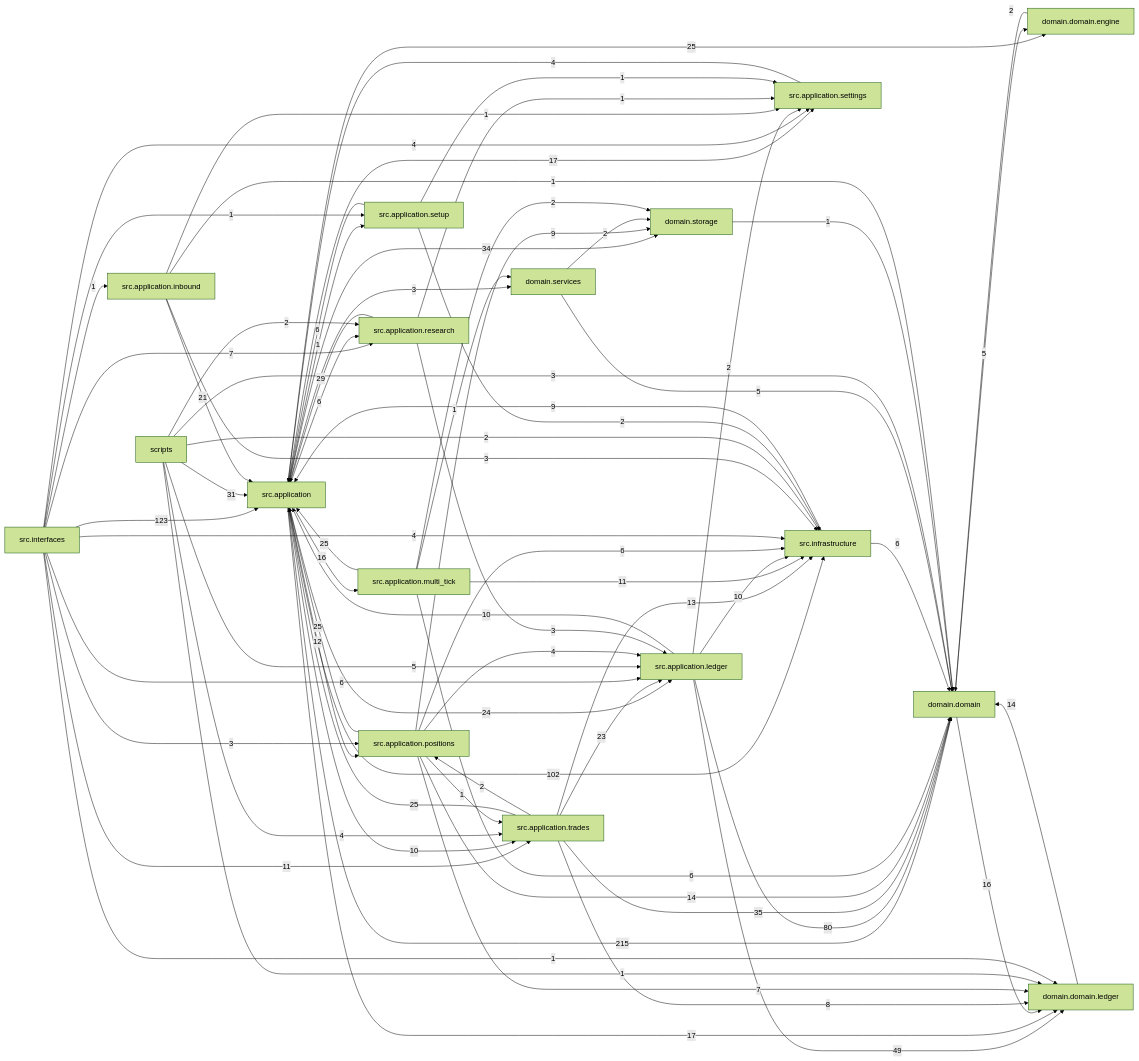
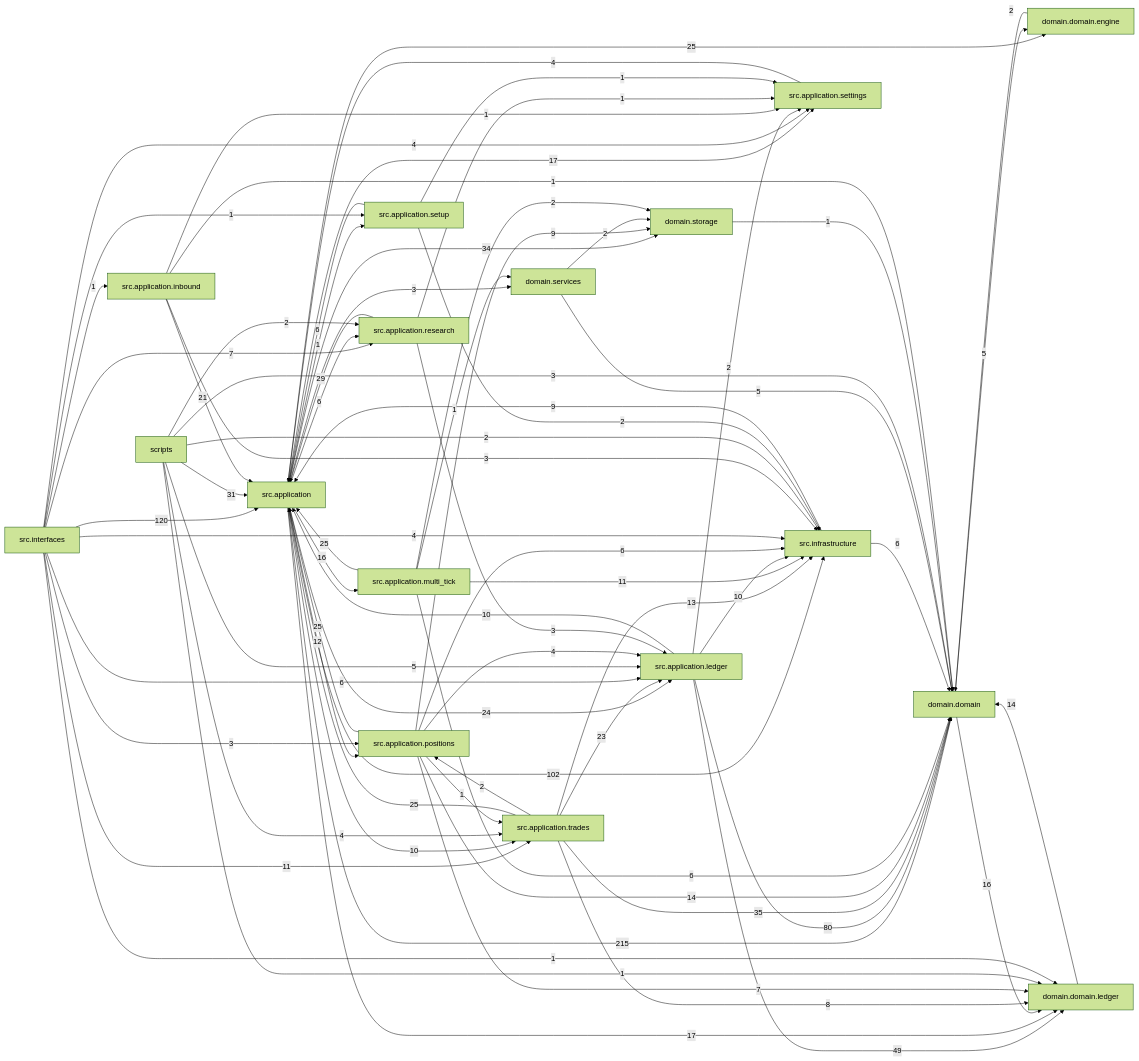
One commit to liuxie066/options-monitor changed the diagram in docs/dependency_graph.mmd. Above: the diagram before and after it, drawn with Mermaid (forest theme). The commit also changed 1 other file, not shown here.

Commit message:
docs(architecture): refresh graph after quality HTTP retirement

```diff
--- a/docs/dependency_graph.mmd
+++ b/docs/dependency_graph.mmd
@@ -1,74 +1,74 @@
 flowchart LR
   src_application["src.application"] -->|215| domain_domain["domain.domain"]
-  src_interfaces["src.interfaces"] -->|123| src_application["src.application"]
+  src_interfaces["src.interfaces"] -->|120| src_application["src.application"]
   src_application["src.application"] -->|102| src_infrastructure["src.infrastructure"]
   src_application_ledger["src.application.ledger"] -->|80| domain_domain["domain.domain"]
   src_application_ledger["src.application.ledger"] -->|49| domain_domain_ledger["domain.domain.ledger"]
   src_application_trades["src.application.trades"] -->|35| domain_domain["domain.domain"]
   src_application["src.application"] -->|34| domain_storage["domain.storage"]
   scripts["scripts"] -->|31| src_application["src.application"]
   src_application_research["src.application.research"] -->|29| src_application["src.application"]
   src_application["src.application"] -->|25| domain_domain_engine["domain.domain.engine"]
   src_application_multi_tick["src.application.multi_tick"] -->|25| src_application["src.application"]
   src_application_positions["src.application.positions"] -->|25| src_application["src.application"]
   src_application_trades["src.application.trades"] -->|25| src_application["src.application"]
   src_application["src.application"] -->|24| src_application_ledger["src.application.ledger"]
   src_application_trades["src.application.trades"] -->|23| src_application_ledger["src.application.ledger"]
   src_application_inbound["src.application.inbound"] -->|21| src_application["src.application"]
   src_application["src.application"] -->|17| domain_domain_ledger["domain.domain.ledger"]
   src_application["src.application"] -->|17| src_application_settings["src.application.settings"]
   domain_domain["domain.domain"] -->|16| domain_domain_ledger["domain.domain.ledger"]
   src_application["src.application"] -->|16| src_application_multi_tick["src.application.multi_tick"]
   domain_domain_ledger["domain.domain.ledger"] -->|14| domain_domain["domain.domain"]
   src_application_positions["src.application.positions"] -->|14| domain_domain["domain.domain"]
   src_application_trades["src.application.trades"] -->|13| src_infrastructure["src.infrastructure"]
   src_application["src.application"] -->|12| src_application_positions["src.application.positions"]
   src_application_multi_tick["src.application.multi_tick"] -->|11| src_infrastructure["src.infrastructure"]
   src_interfaces["src.interfaces"] -->|11| src_application_trades["src.application.trades"]
   src_application["src.application"] -->|10| src_application_trades["src.application.trades"]
   src_application_ledger["src.application.ledger"] -->|10| src_application["src.application"]
   src_application_ledger["src.application.ledger"] -->|10| src_infrastructure["src.infrastructure"]
   src_application_positions["src.application.positions"] -->|9| domain_storage["domain.storage"]
   src_infrastructure["src.infrastructure"] -->|9| src_application["src.application"]
   src_application_trades["src.application.trades"] -->|8| domain_domain_ledger["domain.domain.ledger"]
   src_application_positions["src.application.positions"] -->|7| domain_domain_ledger["domain.domain.ledger"]
   src_interfaces["src.interfaces"] -->|7| src_application_research["src.application.research"]
   src_application["src.application"] -->|6| src_application_research["src.application.research"]
   src_application_multi_tick["src.application.multi_tick"] -->|6| domain_domain["domain.domain"]
   src_application_positions["src.application.positions"] -->|6| src_infrastructure["src.infrastructure"]
   src_application_setup["src.application.setup"] -->|6| src_application["src.application"]
   src_infrastructure["src.infrastructure"] -->|6| domain_domain["domain.domain"]
   src_interfaces["src.interfaces"] -->|6| src_application_ledger["src.application.ledger"]
   domain_domain["domain.domain"] -->|5| domain_domain_engine["domain.domain.engine"]
   domain_services["domain.services"] -->|5| domain_domain["domain.domain"]
   scripts["scripts"] -->|5| src_application_ledger["src.application.ledger"]
   scripts["scripts"] -->|4| src_application_trades["src.application.trades"]
   src_application_positions["src.application.positions"] -->|4| src_application_ledger["src.application.ledger"]
   src_application_settings["src.application.settings"] -->|4| src_application["src.application"]
   src_interfaces["src.interfaces"] -->|4| src_application_settings["src.application.settings"]
   src_interfaces["src.interfaces"] -->|4| src_infrastructure["src.infrastructure"]
   scripts["scripts"] -->|3| domain_domain["domain.domain"]
   src_application["src.application"] -->|3| domain_services["domain.services"]
   src_application_inbound["src.application.inbound"] -->|3| src_infrastructure["src.infrastructure"]
   src_application_research["src.application.research"] -->|3| src_application_ledger["src.application.ledger"]
   src_interfaces["src.interfaces"] -->|3| src_application_positions["src.application.positions"]
   domain_domain_engine["domain.domain.engine"] -->|2| domain_domain["domain.domain"]
   domain_services["domain.services"] -->|2| domain_storage["domain.storage"]
   scripts["scripts"] -->|2| src_application_research["src.application.research"]
   scripts["scripts"] -->|2| src_infrastructure["src.infrastructure"]
   src_application_ledger["src.application.ledger"] -->|2| src_application_settings["src.application.settings"]
   src_application_multi_tick["src.application.multi_tick"] -->|2| domain_storage["domain.storage"]
   src_application_setup["src.application.setup"] -->|2| src_infrastructure["src.infrastructure"]
   src_application_trades["src.application.trades"] -->|2| src_application_positions["src.application.positions"]
   domain_storage["domain.storage"] -->|1| domain_domain["domain.domain"]
   scripts["scripts"] -->|1| domain_domain_ledger["domain.domain.ledger"]
   src_application["src.application"] -->|1| src_application_setup["src.application.setup"]
   src_application_inbound["src.application.inbound"] -->|1| domain_domain["domain.domain"]
   src_application_inbound["src.application.inbound"] -->|1| src_application_settings["src.application.settings"]
   src_application_multi_tick["src.application.multi_tick"] -->|1| domain_services["domain.services"]
   src_application_positions["src.application.positions"] -->|1| src_application_trades["src.application.trades"]
   src_application_research["src.application.research"] -->|1| src_application_settings["src.application.settings"]
   src_application_setup["src.application.setup"] -->|1| src_application_settings["src.application.settings"]
   src_interfaces["src.interfaces"] -->|1| domain_domain_ledger["domain.domain.ledger"]
   src_interfaces["src.interfaces"] -->|1| src_application_inbound["src.application.inbound"]
   src_interfaces["src.interfaces"] -->|1| src_application_setup["src.application.setup"]
```
